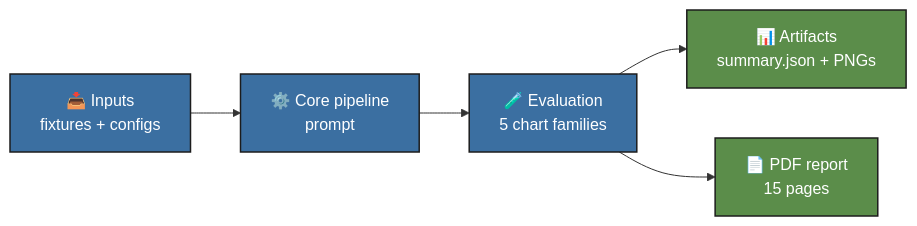
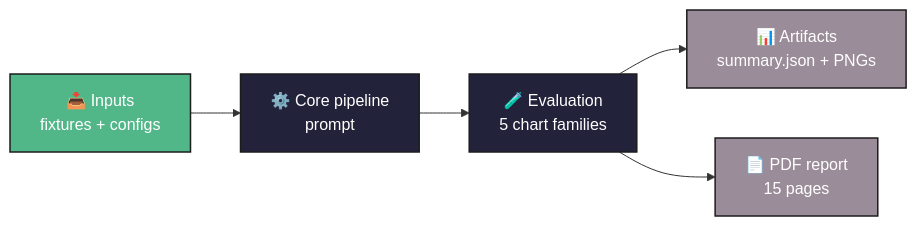
One commit to Akshitha024/prompt-cache-warmer changed the second of 4 diagrams in README.md. Above: the diagram before and after it, drawn with Mermaid. The commit also changed other lines of this file and 7 other files, not shown here.

````diff
--- a/README.md
+++ b/README.md
@@ -118,10 +130,10 @@
 ```mermaid
 flowchart LR
-    classDef io fill:#3b6fa1,stroke:#1c1c1c,stroke-width:1.5px,color:#fff
-    classDef proc fill:#3b6fa1,stroke:#1c1c1c,stroke-width:1.5px,color:#fff
-    classDef out fill:#5b8d4a,stroke:#1c1c1c,stroke-width:1.5px,color:#fff
+    classDef io fill:#52B788,stroke:#1c1c1c,stroke-width:1.5px,color:#fff
+    classDef proc fill:#22223B,stroke:#1c1c1c,stroke-width:1.5px,color:#fff
+    classDef out fill:#9A8C98,stroke:#1c1c1c,stroke-width:1.5px,color:#fff
     A["📥 Inputs<br/>fixtures + configs"]:::io --> B["⚙️ Core pipeline<br/>prompt"]:::proc
     B --> C["🧪 Evaluation<br/>5 chart families"]:::proc
     C --> D["📊 Artifacts<br/>summary.json + PNGs"]:::out
     C --> E["📄 PDF report<br/>15 pages"]:::out
 ```
````
